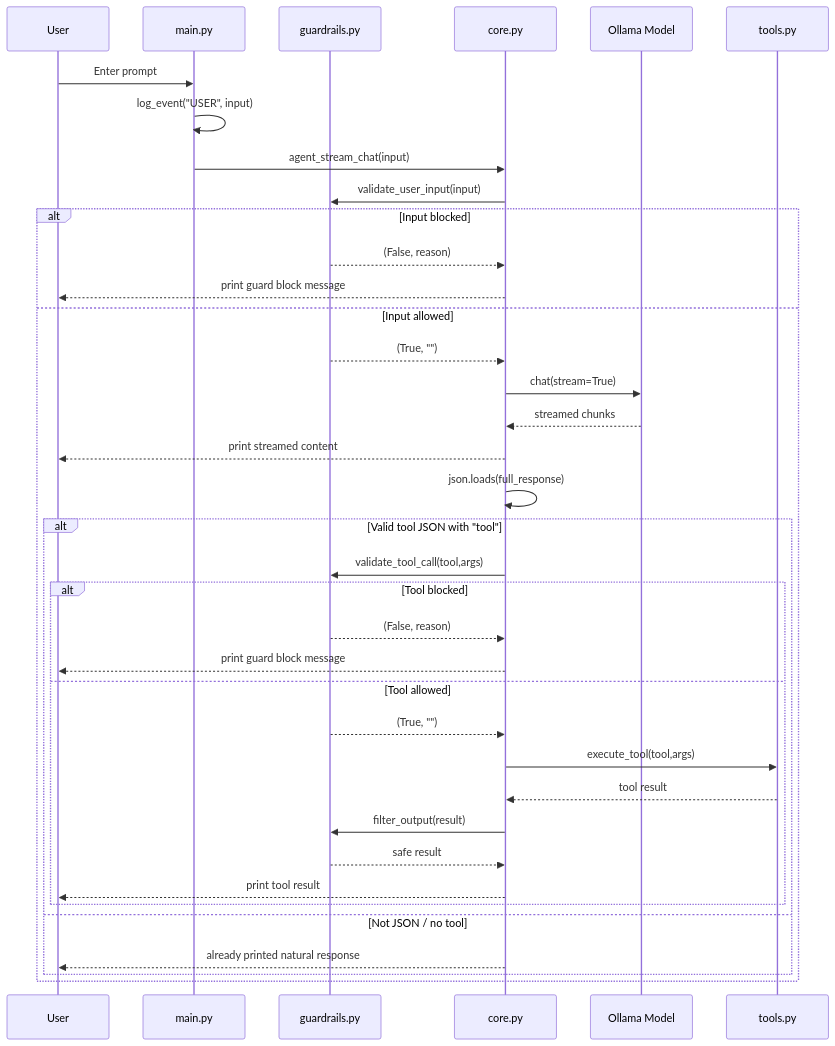
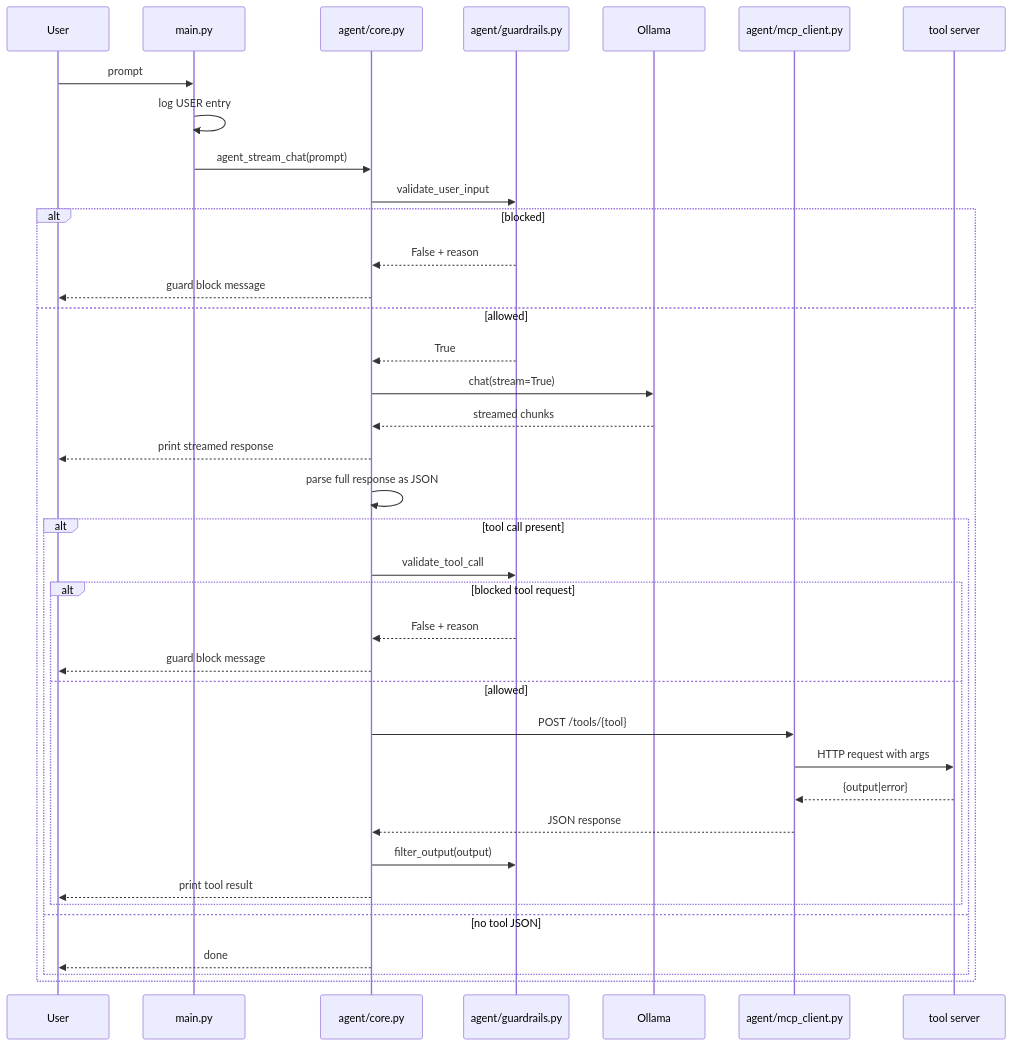
One commit to soorajrs409/e-agent changed the second of 4 diagrams in docs/ARCHITECTURE.md. Above: the diagram before and after it, drawn with Mermaid. The commit also changed other lines of this file and 8 other files, not shown here.

````diff
--- a/docs/ARCHITECTURE.md
+++ b/docs/ARCHITECTURE.md
@@ -19,42 +26,43 @@
 ```mermaid
 sequenceDiagram
     participant User
     participant Main as main.py
-    participant Guard as guardrails.py
-    participant Core as core.py
-    participant Ollama as Ollama Model
-    participant Tools as tools.py
+    participant Core as agent/core.py
+    participant Guard as agent/guardrails.py
+    participant LLM as Ollama
+    participant MCP as agent/mcp_client.py
+    participant Server as tool server
 
-    User->>Main: Enter prompt
-    Main->>Main: log_event("USER", input)
-    Main->>Core: agent_stream_chat(input)
-    Core->>Guard: validate_user_input(input)
+    User->>Main: prompt
+    Main->>Main: log USER entry
+    Main->>Core: agent_stream_chat(prompt)
+    Core->>Guard: validate_user_input
 
-    alt Input blocked
-        Guard-->>Core: (False, reason)
-        Core-->>User: print guard block message
-    else Input allowed
-        Guard-->>Core: (True, "")
-        Core->>Ollama: chat(stream=True)
-        Ollama-->>Core: streamed chunks
-        Core-->>User: print streamed content
+    alt blocked
+        Guard-->>Core: False + reason
+        Core-->>User: guard block message
+    else allowed
+        Guard-->>Core: True
+        Core->>LLM: chat(stream=True)
+        LLM-->>Core: streamed chunks
+        Core-->>User: print streamed response
 
-        Core->>Core: json.loads(full_response)
-        alt Valid tool JSON with "tool"
-            Core->>Guard: validate_tool_call(tool,args)
-            alt Tool blocked
-                Guard-->>Core: (False, reason)
-                Core-->>User: print guard block message
-            else Tool allowed
-                Guard-->>Core: (True, "")
-                Core->>Tools: execute_tool(tool,args)
-                Tools-->>Core: tool result
-                Core->>Guard: filter_output(result)
-                Guard-->>Core: safe result
+        Core->>Core: parse full response as JSON
+        alt tool call present
+            Core->>Guard: validate_tool_call
+            alt blocked tool request
+                Guard-->>Core: False + reason
+                Core-->>User: guard block message
+            else allowed
+                Core->>MCP: POST /tools/{tool}
+                MCP->>Server: HTTP request with args
+                Server-->>MCP: {output|error}
+                MCP-->>Core: JSON response
+                Core->>Guard: filter_output(output)
                 Core-->>User: print tool result
             end
-        else Not JSON / no tool
-            Core-->>User: already printed natural response
+        else no tool JSON
+            Core-->>User: done
         end
     end
 ```
````
